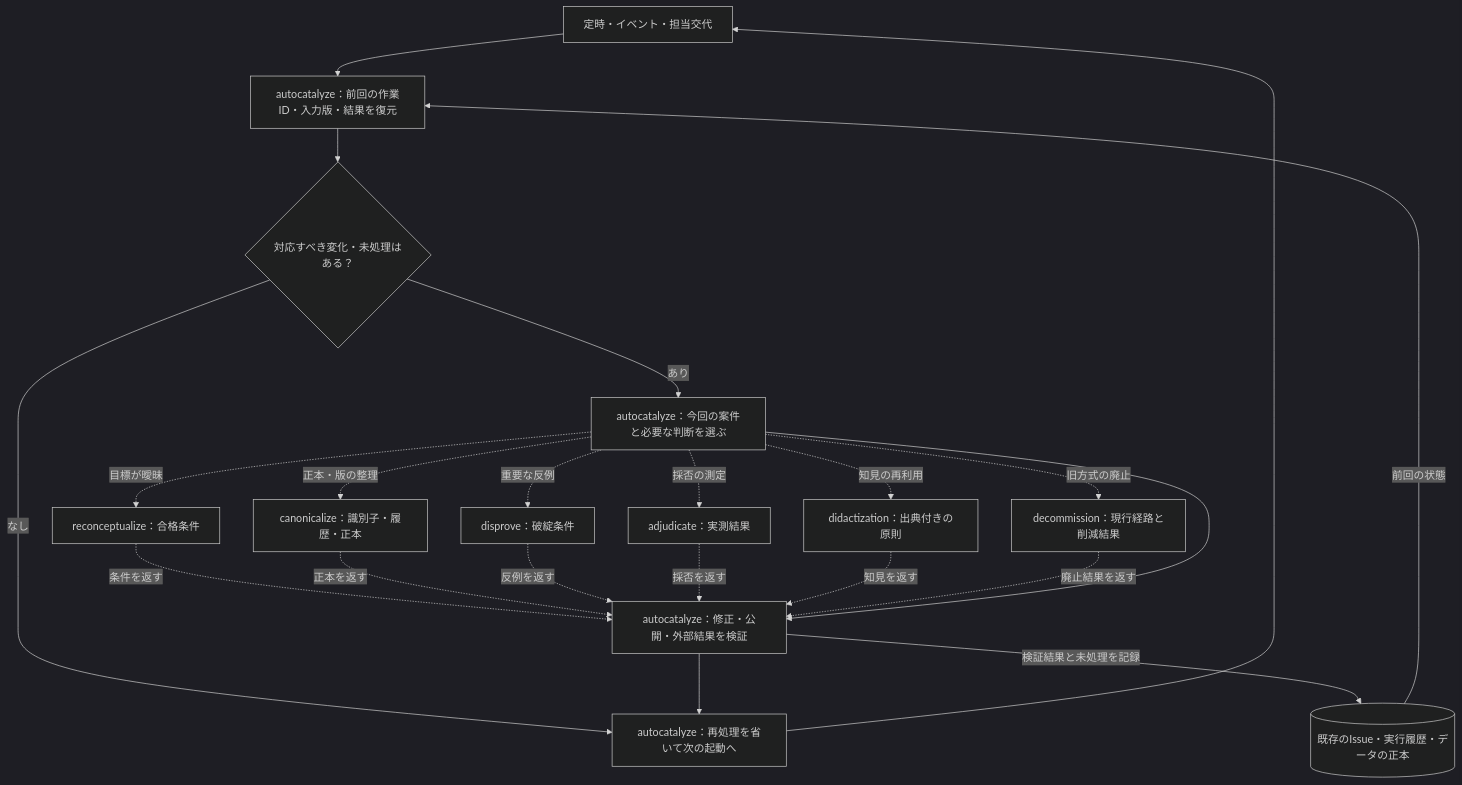
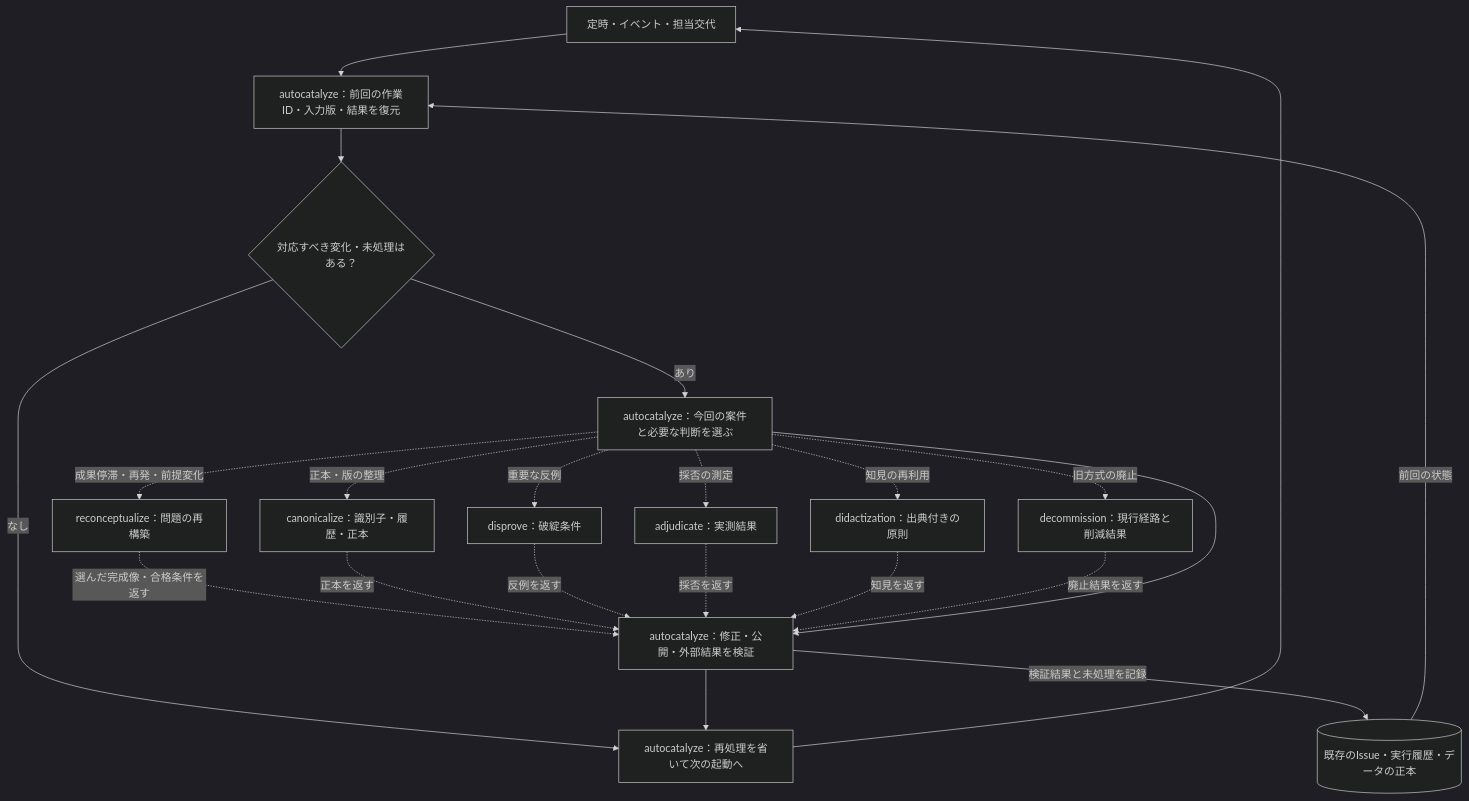
Before and after one commit to KAFKA2306/kafstyler: the first of 2 diagrams in README.md, drawn with Mermaid (dark theme). The commit also changed other lines of this file, not shown here.

````diff
--- a/README.md
+++ b/README.md
@@ -54,24 +54,24 @@
 ```mermaid
 flowchart TD
     start["定時・イベント・担当交代"] --> auto["autocatalyze：前回の作業ID・入力版・結果を復元"]
     record[("既存のIssue・実行履歴・データの正本")] -->|前回の状態| auto
     auto --> changed{"対応すべき変化・未処理はある？"}
     changed -->|なし| next["autocatalyze：再処理を省いて次の起動へ"]
     changed -->|あり| choose["autocatalyze：今回の案件と必要な判断を選ぶ"]
-    choose -.->|目標が曖昧| goal["reconceptualize：合格条件"]
+    choose -.->|成果停滞・再発・前提変化| goal["reconceptualize：問題の再構築"]
     choose -.->|正本・版の整理| canon["canonicalize：識別子・履歴・正本"]
     choose -.->|重要な反例| proof["disprove：破綻条件"]
     choose -.->|採否の測定| judge["adjudicate：実測結果"]
     choose -.->|知見の再利用| learn["didactization：出典付きの原則"]
     choose -.->|旧方式の廃止| retire["decommission：現行経路と削減結果"]
-    goal -.->|条件を返す| work["autocatalyze：修正・公開・外部結果を検証"]
+    goal -.->|選んだ完成像・合格条件を返す| work["autocatalyze：修正・公開・外部結果を検証"]
     canon -.->|正本を返す| work
     proof -.->|反例を返す| work
     judge -.->|採否を返す| work
     learn -.->|知見を返す| work
     retire -.->|廃止結果を返す| work
     choose --> work
     work -->|検証結果と未処理を記録| record
     work --> next
     next --> start
 ```
````
